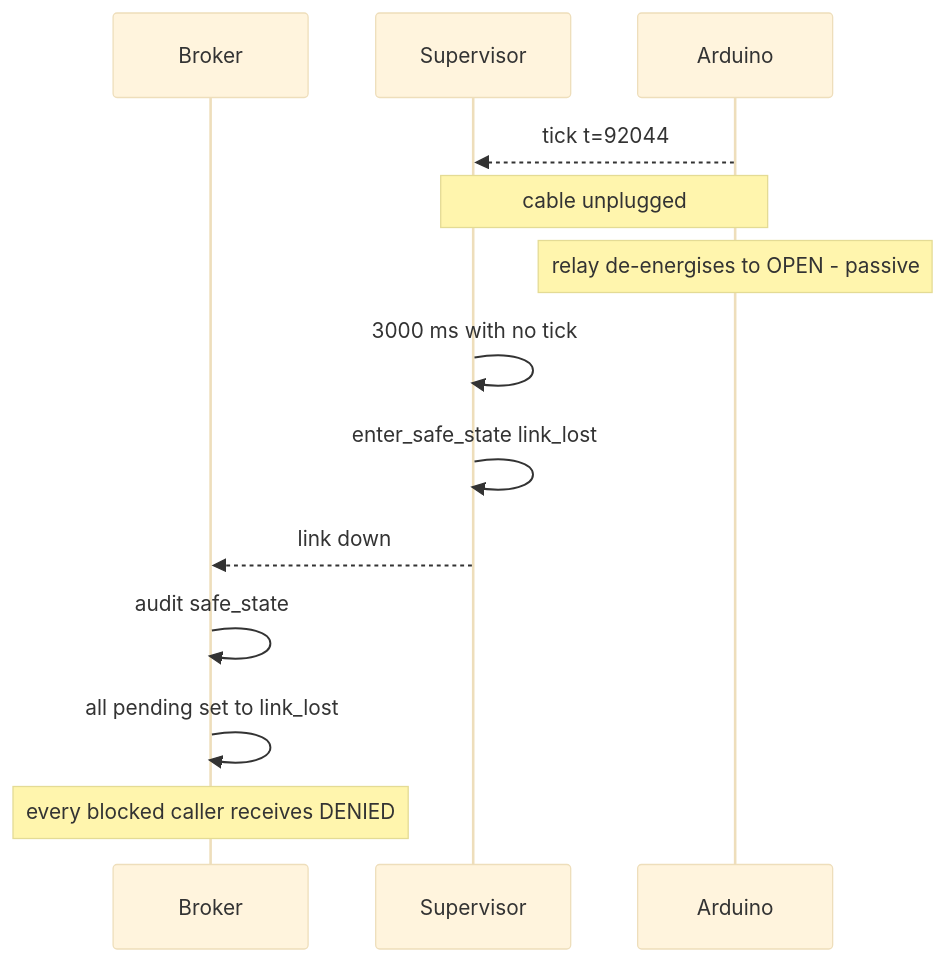
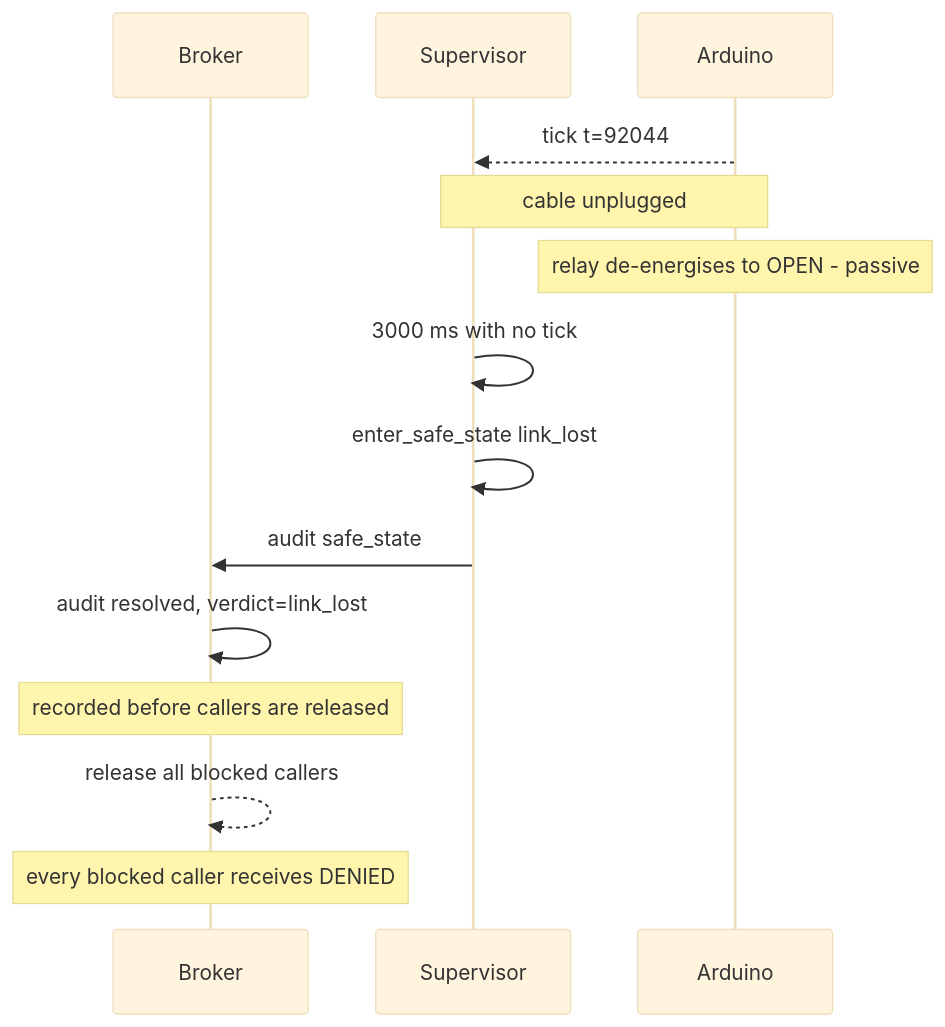
The third of 3 diagrams in docs/DESIGN.md (tomiwaaluko/airgap), drawn with Mermaid (base theme) before and after one commit. The commit also changed other lines of this file and 10 other files, not shown here.

````diff
--- a/docs/DESIGN.md
+++ b/docs/DESIGN.md
@@ -319,16 +409,17 @@
 ```mermaid
 sequenceDiagram
     participant B as Broker
     participant S as Supervisor
     participant D as Arduino
 
     D-->>S: tick t=92044
     Note over D,S: cable unplugged
     Note over D: relay de-energises to OPEN - passive
     S->>S: 3000 ms with no tick
     S->>S: enter_safe_state link_lost
-    S-->>B: link down
-    B->>B: audit safe_state
-    B->>B: all pending set to link_lost
+    S->>B: audit safe_state
+    B->>B: audit resolved, verdict=link_lost
+    Note over B: recorded before callers are released
+    B-->>B: release all blocked callers
     Note over B: every blocked caller receives DENIED
 ```
````
